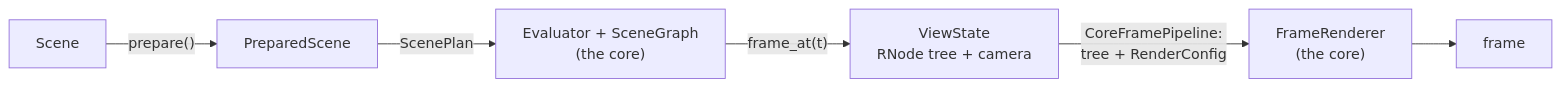
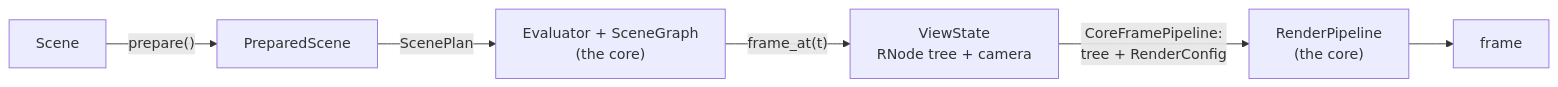
One commit to MrDiver/manim changed the first of 5 diagrams in manimx/manimx/renderer/README.md. Above: the diagram before and after it, drawn with Mermaid. The commit also changed other lines of this file and 7 other files, not shown here.

````diff
--- a/manimx/manimx/renderer/README.md
+++ b/manimx/manimx/renderer/README.md
@@ -263,8 +263,8 @@
 ```mermaid
 flowchart LR
     S["Scene"] -->|"prepare()"| P["PreparedScene"]
     P -->|"ScenePlan"| Plan["Evaluator + SceneGraph<br/>(the core)"]
     Plan -->|"frame_at(t)"| V["ViewState<br/>RNode tree + camera"]
-    V -->|"CoreFramePipeline:<br/>tree + RenderConfig"| FR["FrameRenderer<br/>(the core)"]
+    V -->|"CoreFramePipeline:<br/>tree + RenderConfig"| FR["RenderPipeline<br/>(the core)"]
     FR --> Out["frame"]
 ```
````
